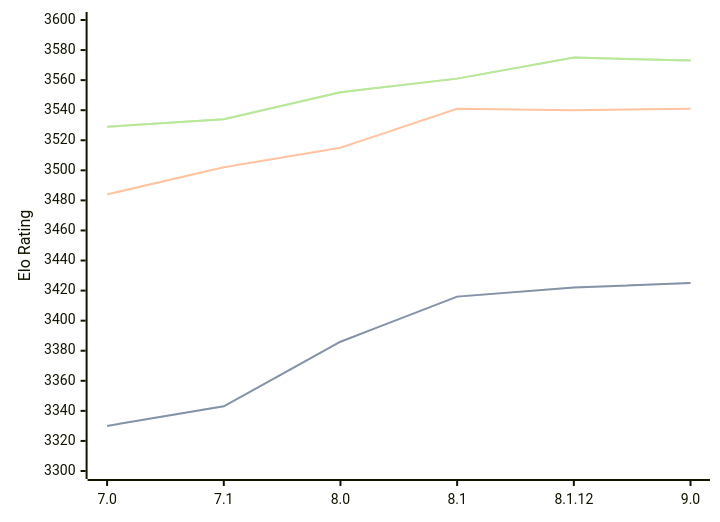
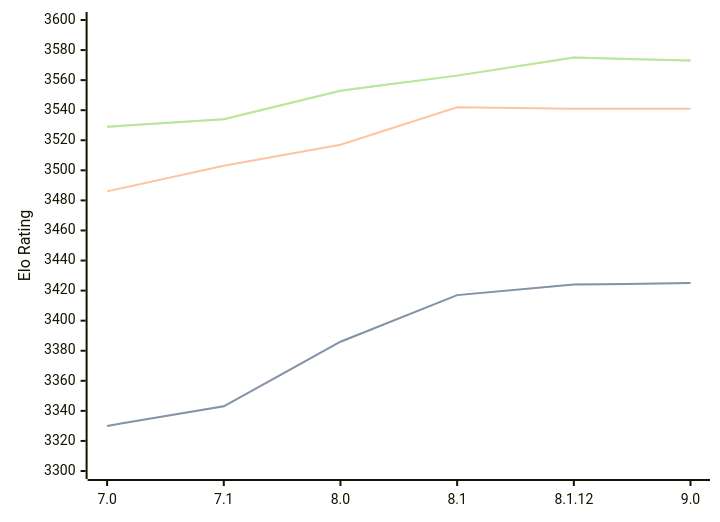
One commit to computer-chess-index/cci changed the diagram in engines/Alexandria.md. Above: the diagram before and after it, drawn with Mermaid. The commit also changed other lines of this file, not shown here.

Commit message:
Update CCI Ratings (ELO VLTC) - 2026-08-21

````diff
--- a/engines/Alexandria.md
+++ b/engines/Alexandria.md
@@ -36,11 +36,11 @@
 ```mermaid
 %%{init: {"theme":"base","themeVariables":{"seriesColors:['#a3a3a3','#222221','#faa371']}}}%%
 xychart-beta
   x-axis ["7.0", "7.1", "8.0", "8.1", "8.1.12", "9.0"]
   y-axis "Elo Rating" 3300 --> 3600
-  line "STC (8.0+0.08s)" [3330, 3343, 3386, 3416, 3422, 3425]
-  line "STC (8.0+0.08s)" [3330, 3343, 3386, 3416, 3422, 3425]
-  line "LTC (60.0+0.60s)" [3484, 3502, 3515, 3541, 3540, 3541]
-  line "VLTC (2m24s+1.12s)" [3529, 3534, 3552, 3561, 3575, 3573]
-  line "VLTC (2m24s+1.12s)" [3529, 3534, 3552, 3561, 3575, 3573]
+  line "STC (8.0+0.08s)" [3330, 3343, 3386, 3417, 3424, 3425]
+  line "STC (8.0+0.08s)" [3330, 3343, 3386, 3417, 3424, 3425]
+  line "LTC (60.0+0.60s)" [3486, 3503, 3517, 3542, 3541, 3541]
+  line "VLTC (2m24s+1.12s)" [3529, 3534, 3553, 3563, 3575, 3573]
+  line "VLTC (2m24s+1.12s)" [3529, 3534, 3553, 3563, 3575, 3573]
 ```
````
